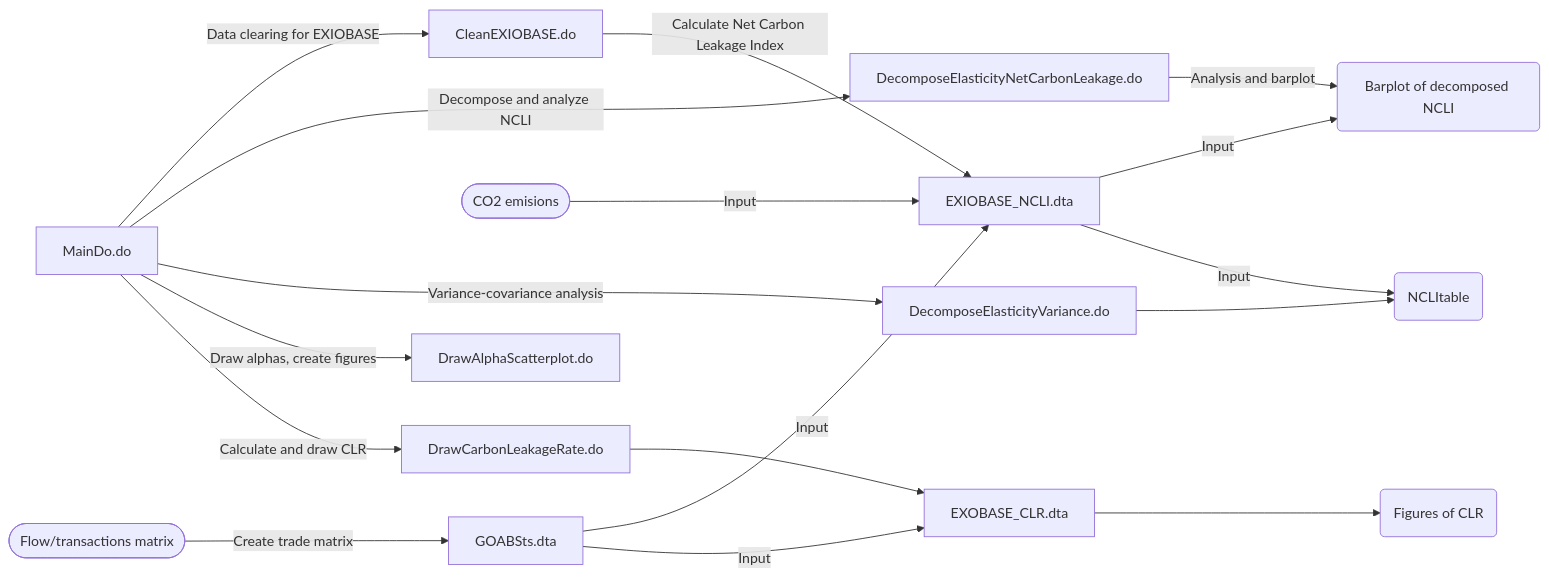
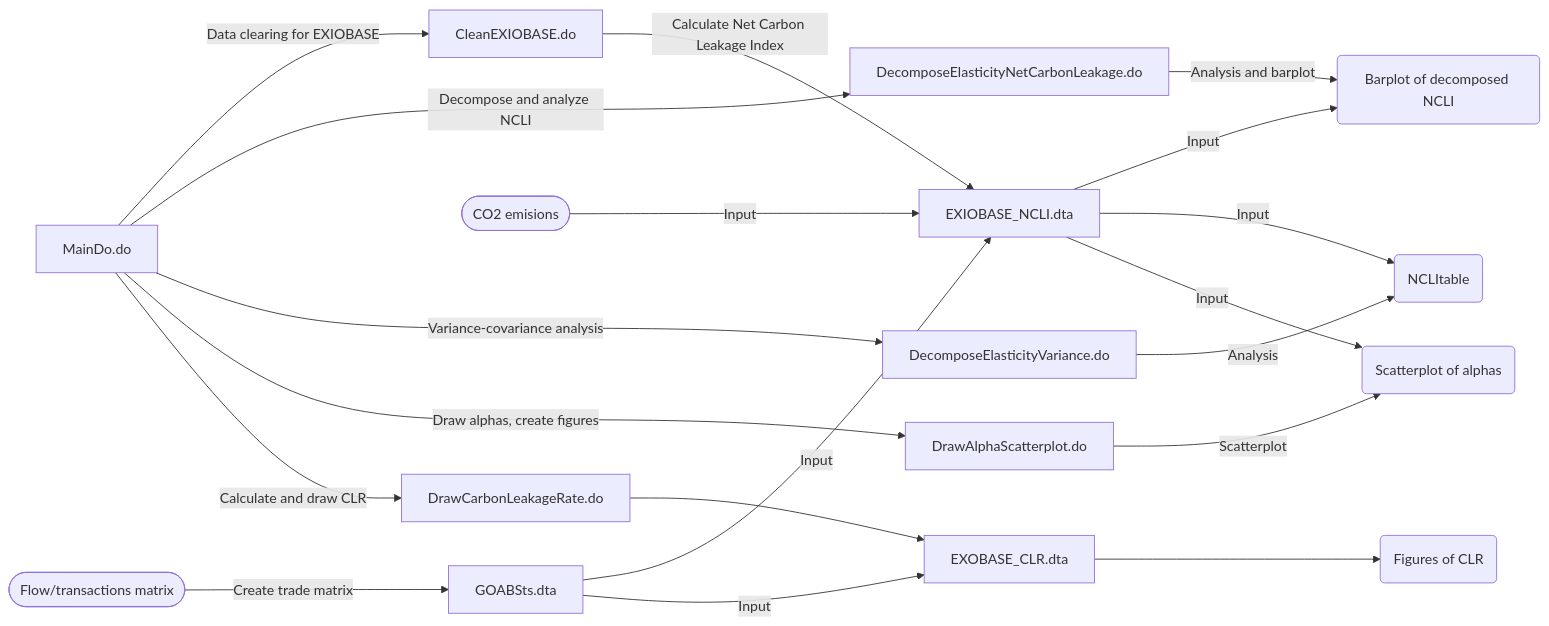
One commit to AkariOno/Trade_Carbon changed the diagram in README.md. Above: the diagram before and after it, drawn with Mermaid.

````diff
--- a/README.md
+++ b/README.md
@@ -17,20 +17,22 @@
 ```mermaid
 graph LR;
     A[MainDo.do] --> |Data clearing for EXIOBASE|B[CleanEXIOBASE.do]
     C([Flow/transactions matrix]) --> |Create trade matrix|K[GOABSts.dta]
     E([CO2 emisions]) --> |Input|D[EXIOBASE_NCLI.dta]
     B --> |Calculate Net Carbon Leakage Index|D
     A --> |Decompose and analyze NCLI|F[DecomposeElasticityNetCarbonLeakage.do]
     A --> |Variance-covariance analysis|G[DecomposeElasticityVariance.do]
     A --> |Draw alphas, create figures|H[DrawAlphaScatterplot.do]
     A --> |Calculate and draw CLR|I[DrawCarbonLeakageRate.do]
     I --> J[EXOBASE_CLR.dta]
     K --> |Input|D
     K --> |Input|J
     J --> L(Figures of CLR)
     D --> |Input|M(Barplot of decomposed NCLI)
     F --> |Analysis and barplot|M
     D --> |Input|N(NCLItable)
-    G --> N
+    G --> |Analysis|N
+    D --> |Input|O(Scatterplot of alphas)
+    H --> |Scatterplot|O
    
 ```
````
